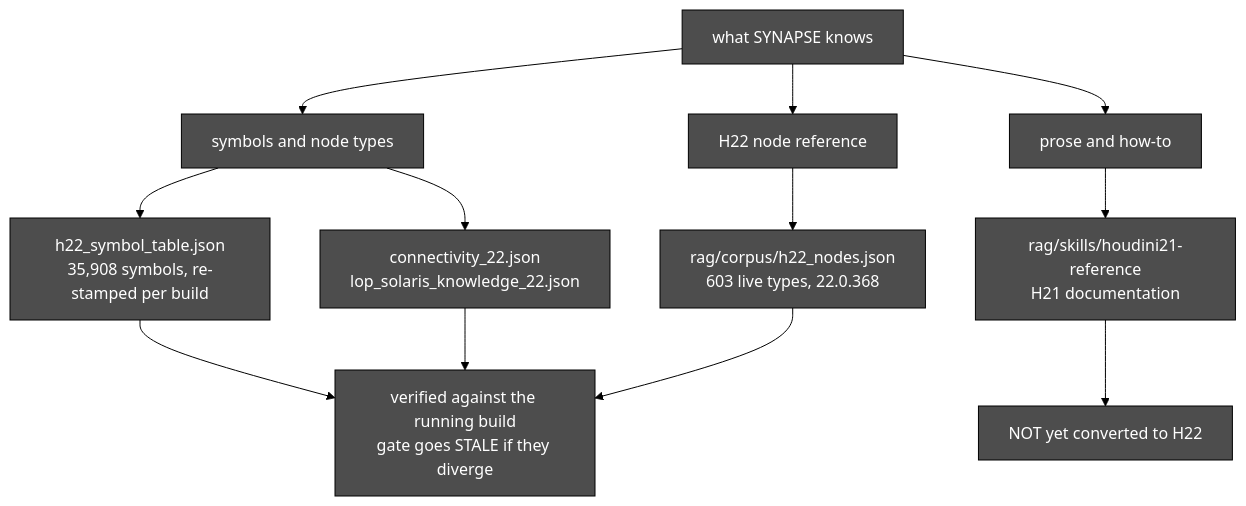
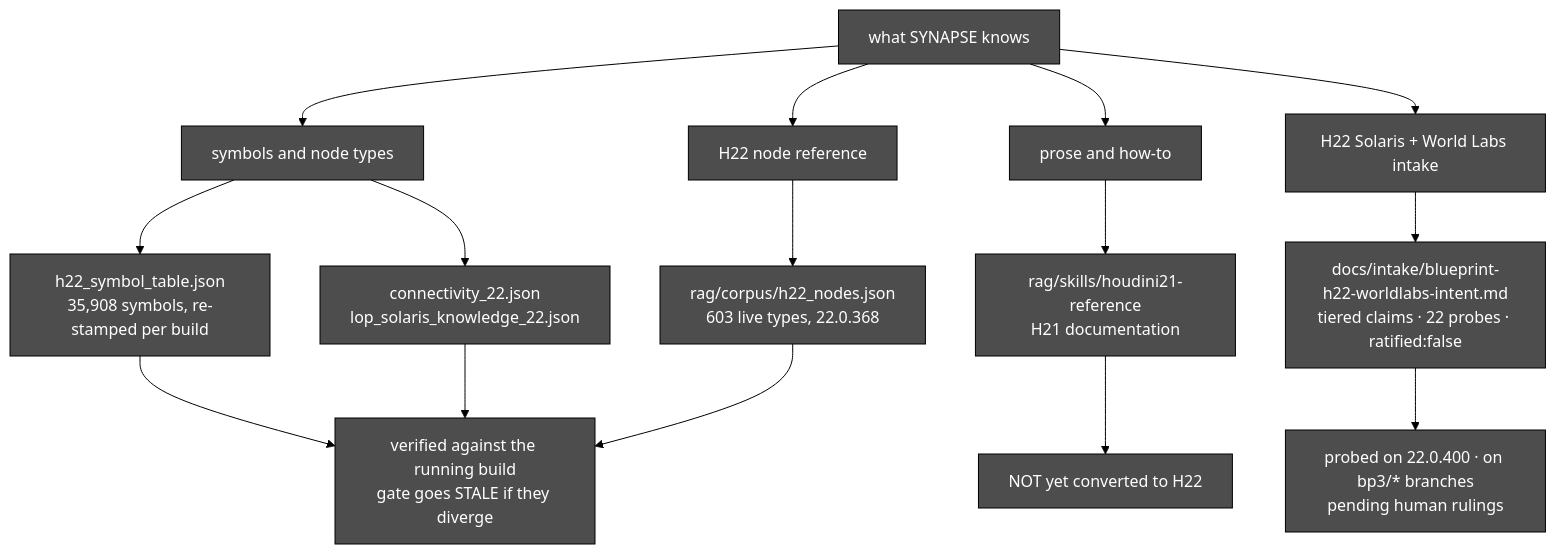
The fourth of 8 diagrams in README.md (JosephOIbrahim/Synapse), drawn with Mermaid before and after one commit. The commit also changed other lines of this file, not shown here.

Commit message:
readme: 2026-09-03 - header tag line to v5.60.0; dated 'Right now' block replaces stale v5.52/v5.51 notes; new 'Wave BP3, one picture' section + intent-layer mermaid; knowledge-source diagram gains the H22/World Labs intake branch (probed, on bp3/*, pending rulings)

````diff
--- a/README.md
+++ b/README.md
@@ -169,15 +165,18 @@
 ```mermaid
 %%{init: {'theme':'base','themeVariables':{'primaryColor':'#4d4d4d','primaryTextColor':'#FFFFFF','primaryBorderColor':'#000000','lineColor':'#000000','textColor':'#FFFFFF','secondaryColor':'#404040','tertiaryColor':'#333333','clusterBkg':'#333333','clusterBorder':'#000000','edgeLabelBackground':'#333333','nodeTextColor':'#FFFFFF'}}}%%
 flowchart TD
     K[what SYNAPSE knows] --> S[symbols and node types]
     K --> N[H22 node reference]
     K --> P[prose and how-to]
     S --> S1["h22_symbol_table.json<br/>35,908 symbols, re-stamped per build"]
     S --> S2["connectivity_22.json<br/>lop_solaris_knowledge_22.json"]
     N --> N1["rag/corpus/h22_nodes.json<br/>603 live types, 22.0.368"]
     P --> P1["rag/skills/houdini21-reference<br/>H21 documentation"]
+    K --> I[H22 Solaris + World Labs intake]
+    I --> I1["docs/intake/blueprint-h22-worldlabs-intent.md<br/>tiered claims · 22 probes · ratified:false"]
+    I1 --> PEND["probed on 22.0.400 · on bp3/* branches<br/>pending human rulings"]
     S1 --> OK["verified against the running build<br/>gate goes STALE if they diverge"]
     S2 --> OK
     N1 --> OK
     P1 --> GAP["NOT yet converted to H22"]
 ```
````
